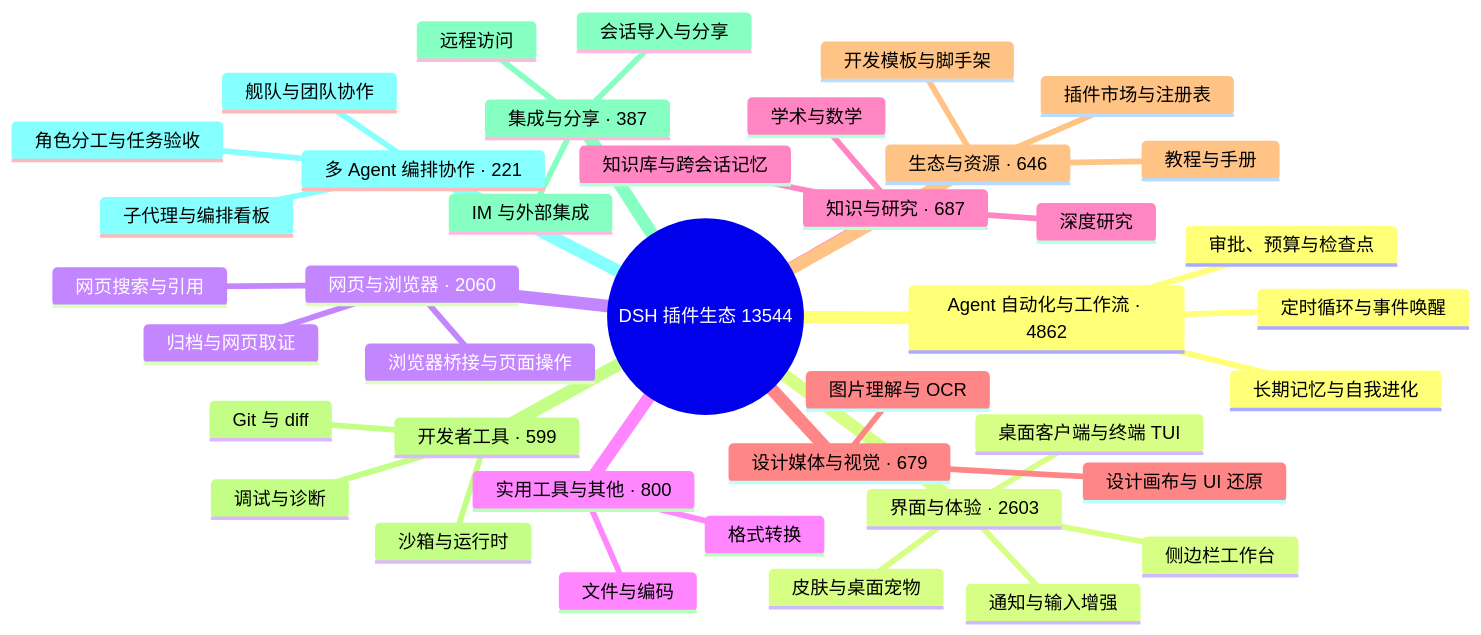
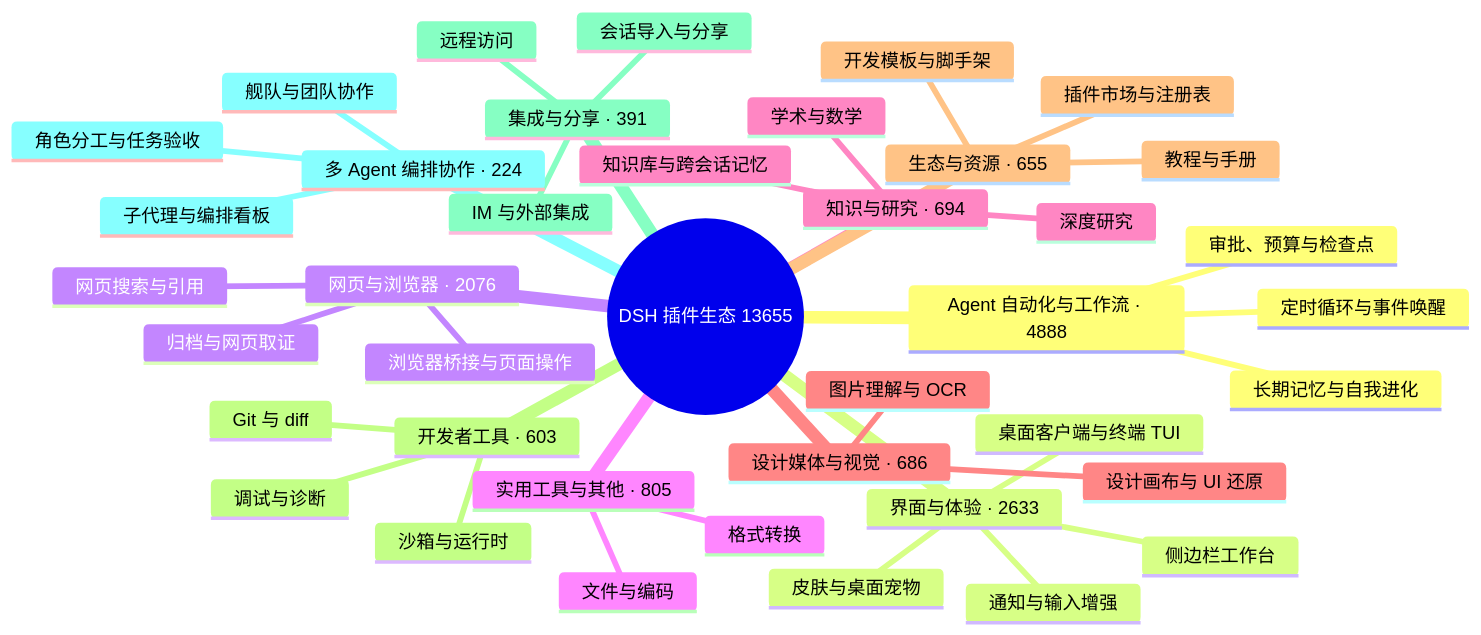
Before and after one commit to bruc3van/awesome-dsh-plugin: the diagram in README.md, drawn with Mermaid. The commit also changed other lines of this file and 20 other files, not shown here.

````diff
--- a/README.md
+++ b/README.md
@@ -32,43 +32,43 @@
 ```mermaid
 mindmap
-  root((DSH 插件生态 13544))
-    Agent 自动化与工作流 · 4862
+  root((DSH 插件生态 13655))
+    Agent 自动化与工作流 · 4888
       定时循环与事件唤醒
       长期记忆与自我进化
       审批、预算与检查点
-    界面与体验 · 2603
+    界面与体验 · 2633
       桌面客户端与终端 TUI
       侧边栏工作台
       皮肤与桌面宠物
       通知与输入增强
-    网页与浏览器 · 2060
+    网页与浏览器 · 2076
       浏览器桥接与页面操作
       网页搜索与引用
       归档与网页取证
-    实用工具与其他 · 800
+    实用工具与其他 · 805
       文件与编码
       格式转换
-    知识与研究 · 687
+    知识与研究 · 694
       知识库与跨会话记忆
       深度研究
       学术与数学
-    设计媒体与视觉 · 679
+    设计媒体与视觉 · 686
       图片理解与 OCR
       设计画布与 UI 还原
-    生态与资源 · 646
+    生态与资源 · 655
       插件市场与注册表
       开发模板与脚手架
       教程与手册
-    开发者工具 · 599
+    开发者工具 · 603
       Git 与 diff
       沙箱与运行时
       调试与诊断
-    集成与分享 · 387
+    集成与分享 · 391
       会话导入与分享
       远程访问
       IM 与外部集成
-    多 Agent 编排协作 · 221
+    多 Agent 编排协作 · 224
       子代理与编排看板
       舰队与团队协作
       角色分工与任务验收
 ```
````
